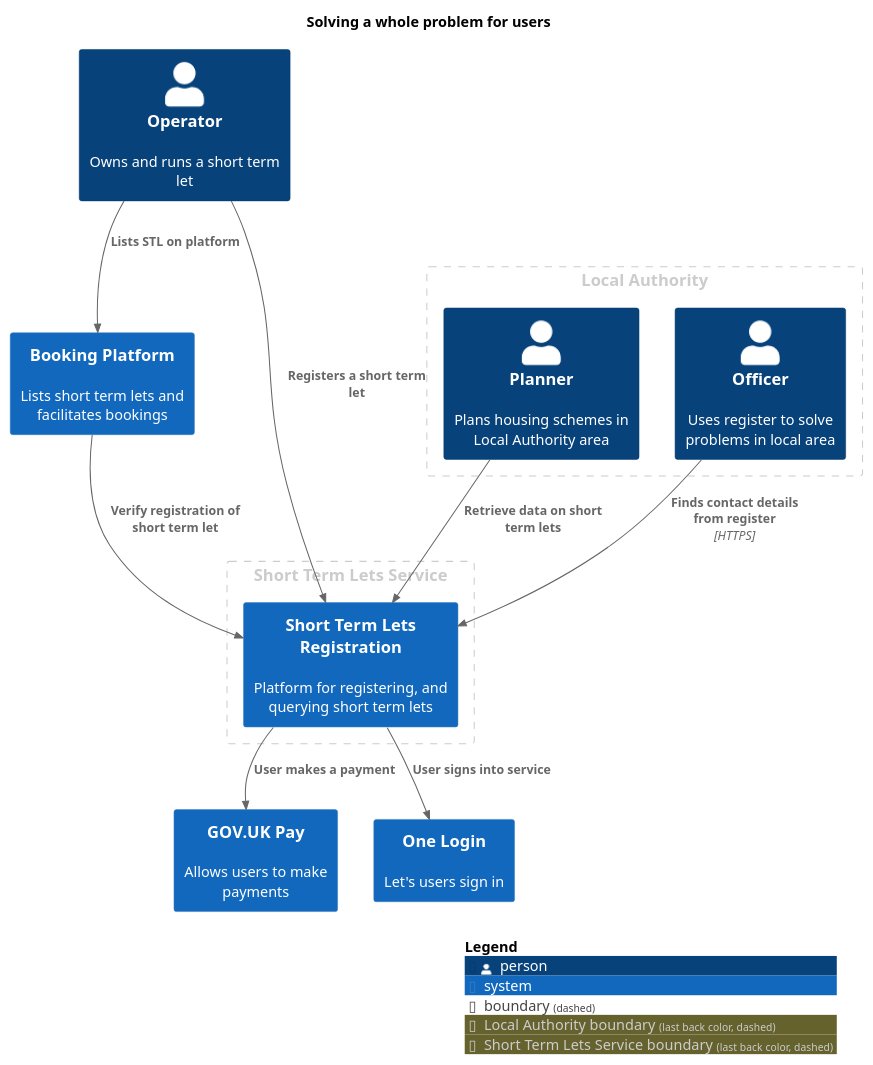
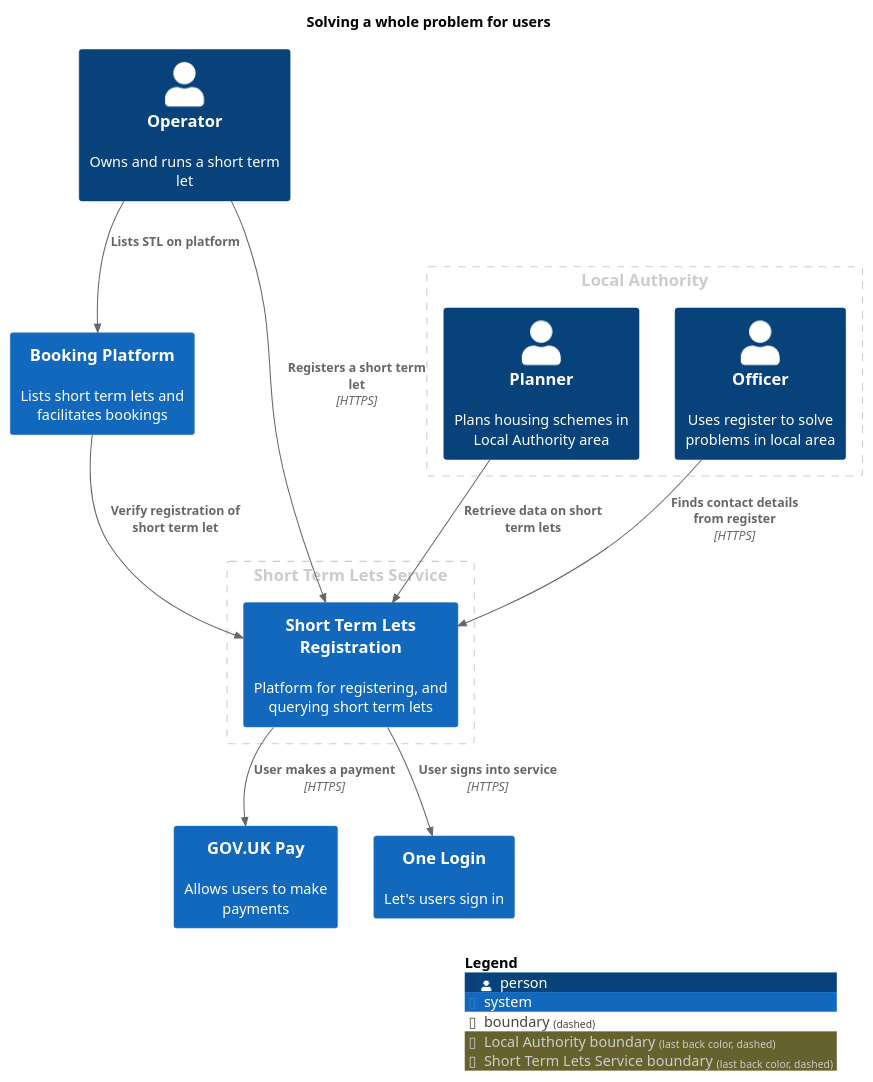
The diagram in main/puml/wholeProblem.puml (DCMSstats/stl-architecture), drawn with PlantUML before and after one commit. The commit also changed 83 other files, not shown here.

Commit message:
Deploying to gh-pages from @ DCMSstats/stl-architecture@21260e76fb5324c2d35b4237998d0be9f301b07d 🚀

```diff
--- a/main/puml/wholeProblem.puml
+++ b/main/puml/wholeProblem.puml
@@ -1,35 +1,35 @@
 @startuml
 set separator none
 title Solving a whole problem for users
 
 top to bottom direction
 
 !include <C4/C4>
 !include <C4/C4_Context>
 
 AddBoundaryTag("Local Authority", $borderColor="#cccccc", $fontColor="#cccccc", $borderStyle="dashed")
 Boundary(group_1, "Local Authority", $tags="Local Authority") {
   Person(Planner, "Planner", $descr="Plans housing schemes in Local Authority area", $tags="", $link="")
   Person(Officer, "Officer", $descr="Uses register to solve problems in local area", $tags="", $link="")
 }
 
 AddBoundaryTag("Short Term Lets Service", $borderColor="#cccccc", $fontColor="#cccccc", $borderStyle="dashed")
 Boundary(group_2, "Short Term Lets Service", $tags="Short Term Lets Service") {
   System(ShortTermLetsRegistration, "Short Term Lets Registration", $descr="Platform for registering, and querying short term lets", $tags="", $link="")
 }
 
 Person(Operator, "Operator", $descr="Owns and runs a short term let", $tags="", $link="")
 System(BookingPlatform, "Booking Platform", $descr="Lists short term lets and facilitates bookings", $tags="", $link="")
 System(GOVUKPay, "GOV.UK Pay", $descr="Allows users to make payments", $tags="", $link="")
 System(OneLogin, "One Login", $descr="Let's users sign in", $tags="", $link="")
 
-Rel(Operator, ShortTermLetsRegistration, "Registers a short term let", $techn="", $tags="", $link="")
 Rel(Operator, BookingPlatform, "Lists STL on platform", $techn="", $tags="", $link="")
 Rel(BookingPlatform, ShortTermLetsRegistration, "Verify registration of short term let", $techn="", $tags="", $link="")
 Rel(Planner, ShortTermLetsRegistration, "Retrieve data on short term lets", $techn="", $tags="", $link="")
-Rel(ShortTermLetsRegistration, GOVUKPay, "User makes a payment", $techn="", $tags="", $link="")
-Rel(ShortTermLetsRegistration, OneLogin, "User signs into service", $techn="", $tags="", $link="")
+Rel(Operator, ShortTermLetsRegistration, "Registers a short term let", $techn="HTTPS", $tags="", $link="")
 Rel(Officer, ShortTermLetsRegistration, "Finds contact details from register", $techn="HTTPS", $tags="", $link="")
+Rel(ShortTermLetsRegistration, GOVUKPay, "User makes a payment", $techn="HTTPS", $tags="", $link="")
+Rel(ShortTermLetsRegistration, OneLogin, "User signs into service", $techn="HTTPS", $tags="", $link="")
 
 SHOW_LEGEND(true)
 @enduml
```
